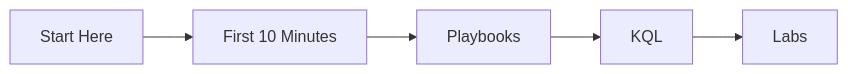
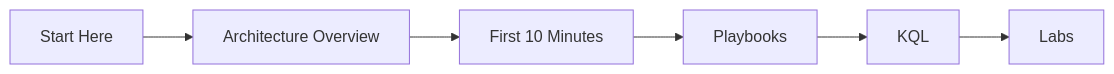
The third of 3 diagrams in docs/start-here/learning-paths.md (yeongseon/azure-app-service-practical-guide), drawn with Mermaid before and after one commit. The commit also changed other lines of this file and 81 other files, not shown here.

````diff
--- a/docs/start-here/learning-paths.md
+++ b/docs/start-here/learning-paths.md
@@ -64,7 +71,8 @@
 ```mermaid
 graph LR
-    A[Start Here] --> B[First 10 Minutes]
-    B --> C[Playbooks]
-    C --> D[KQL]
-    D --> E[Labs]
+    A[Start Here] --> B[Architecture Overview]
+    B --> C[First 10 Minutes]
+    C --> D[Playbooks]
+    D --> E[KQL]
+    E --> F[Labs]
 ```
````
